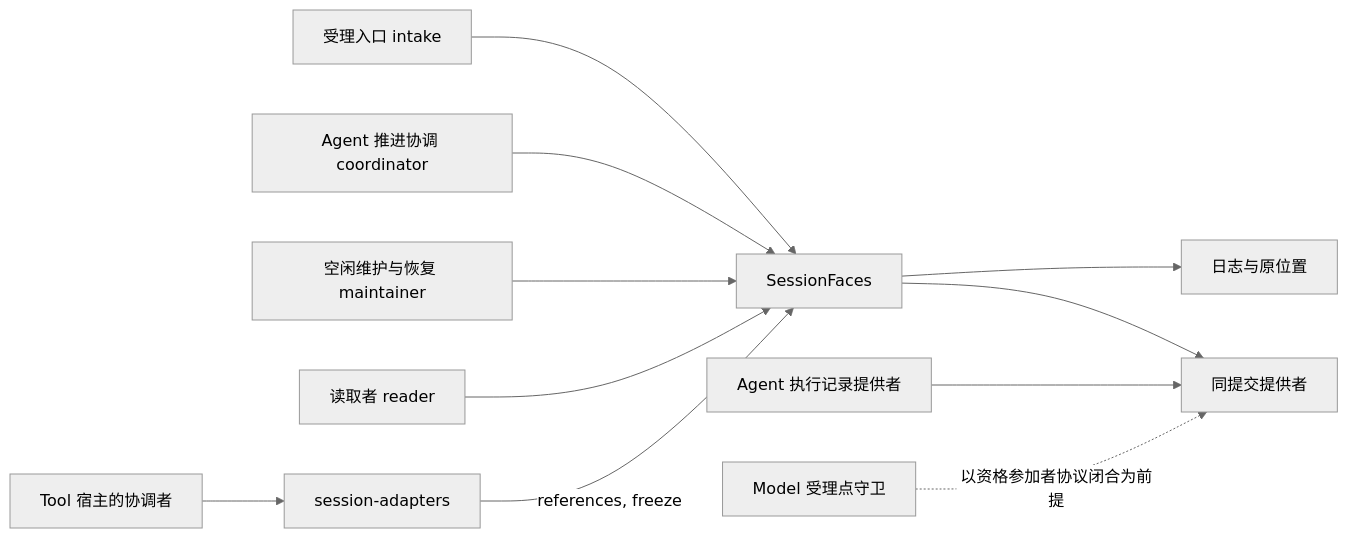
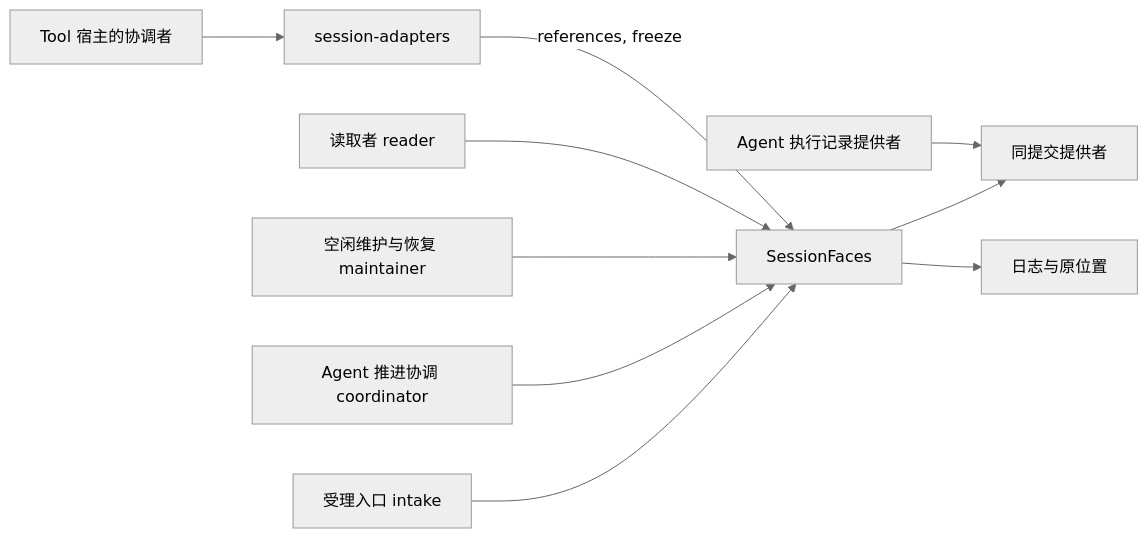
The first of 2 diagrams in packages/session/session-contract/docs/context.md (nemori-ai/omne-harness-lite), drawn with Mermaid (neutral theme) before and after one commit. The commit also changed other lines of this file and 71 other files, not shown here.

````diff
--- a/packages/session/session-contract/docs/context.md
+++ b/packages/session/session-contract/docs/context.md
@@ -19,13 +19,12 @@
 ```mermaid
 flowchart LR
   Intake[受理入口 intake] --> Faces[SessionFaces]
   Coord[Agent 推进协调 coordinator] --> Faces
   Maint[空闲维护与恢复 maintainer] --> Faces
   Reader[读取者 reader] --> Faces
   ToolHost[Tool 宿主的协调者] --> Adapters[session-adapters]
   Adapters -->|references, freeze| Faces
   Faces --> Transaction[同提交提供者]
   Journal[Agent 执行记录提供者] --> Transaction
-  Model[Model 受理点守卫] -. 以资格参加者协议闭合为前提 .-> Transaction
   Faces --> History[日志与原位置]
 ```
````
